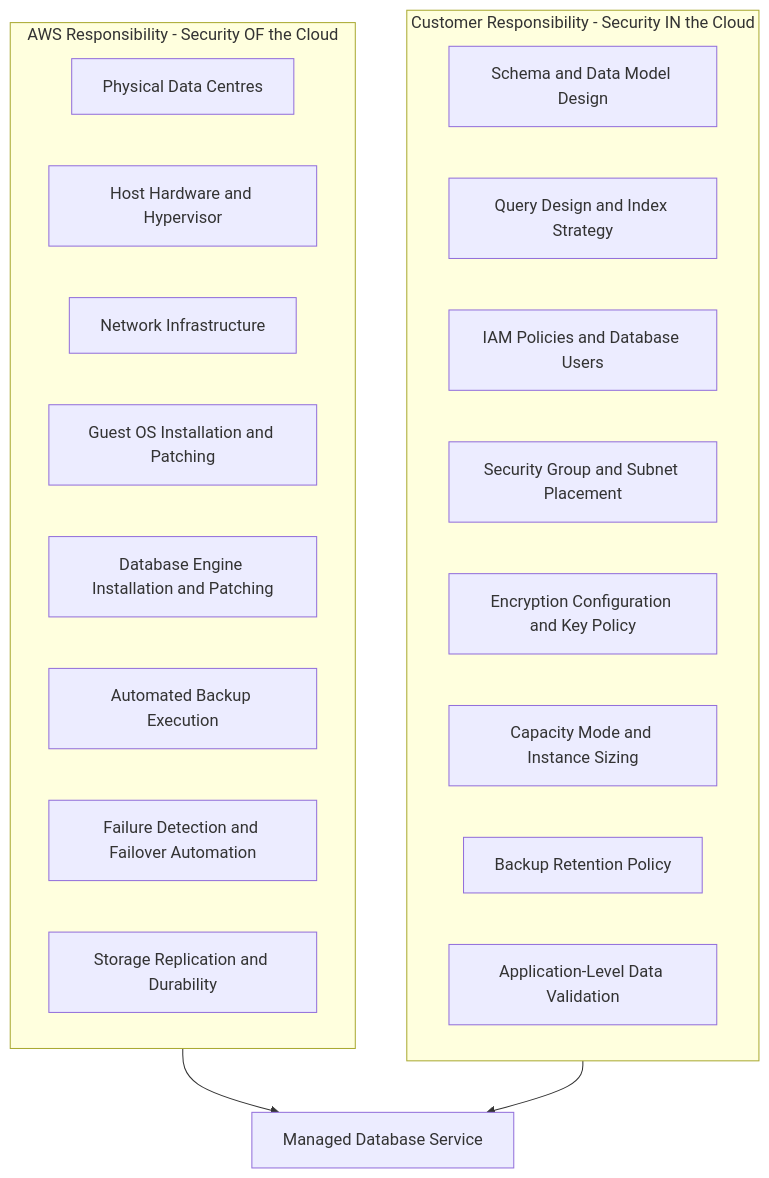
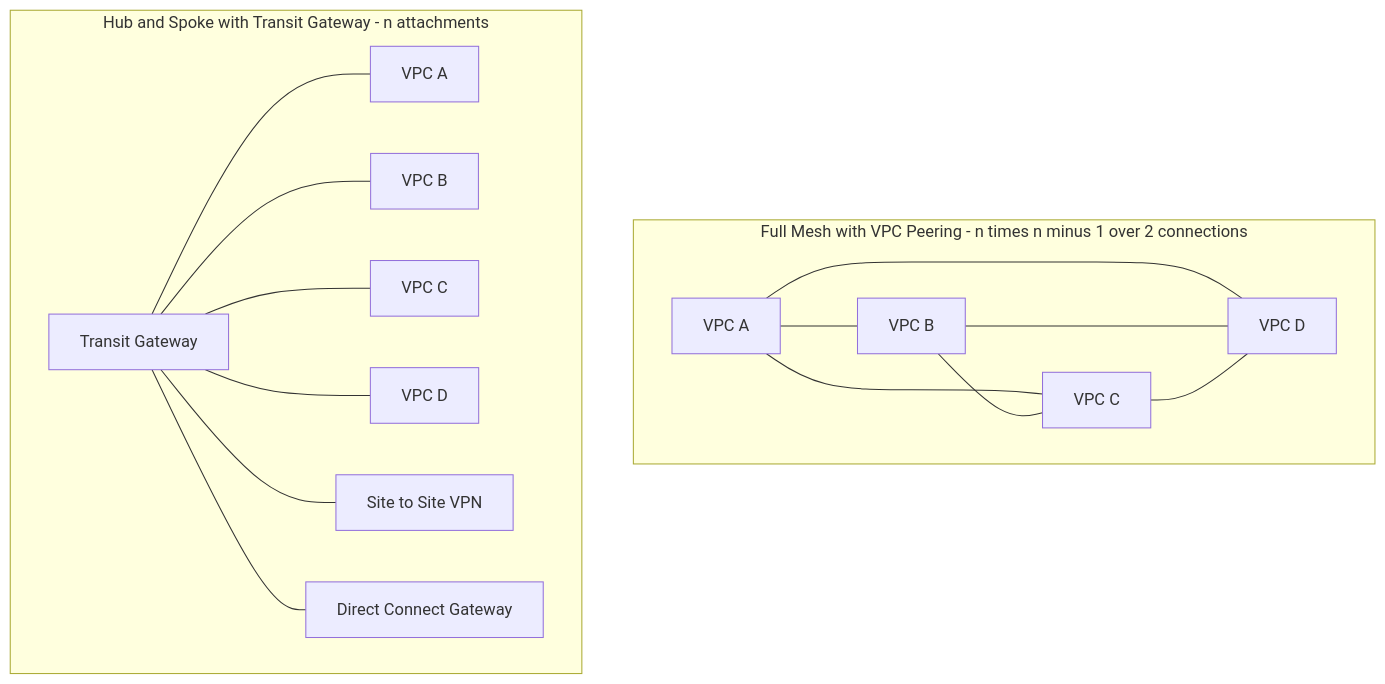
One commit to norbutlepcha25/dso303 changed the third of 13 diagrams in docs/unit1/topic6.md. Above: the diagram before and after it, drawn with Mermaid. The commit also changed other lines of this file and 945 other files, not shown here.

````diff
--- a/docs/unit1/topic6.md
+++ b/docs/unit1/topic6.md
@@ -100,25 +282,20 @@
 ```mermaid
 graph TD
-    subgraph AWS["AWS Responsibility - Security OF the Cloud"]
-        A1["Physical Data Centres"]
-        A2["Host Hardware and Hypervisor"]
-        A3["Network Infrastructure"]
-        A4["Guest OS Installation and Patching"]
-        A5["Database Engine Installation and Patching"]
-        A6["Automated Backup Execution"]
-        A7["Failure Detection and Failover Automation"]
-        A8["Storage Replication and Durability"]
+    subgraph mesh["Full Mesh with VPC Peering - n times n minus 1 over 2 connections"]
+        A1["VPC A"] --- B1["VPC B"]
+        A1 --- C1["VPC C"]
+        A1 --- D1["VPC D"]
+        B1 --- C1
+        B1 --- D1
+        C1 --- D1
     end
-    subgraph CUST["Customer Responsibility - Security IN the Cloud"]
-        B1["Schema and Data Model Design"]
-        B2["Query Design and Index Strategy"]
-        B3["IAM Policies and Database Users"]
-        B4["Security Group and Subnet Placement"]
-        B5["Encryption Configuration and Key Policy"]
-        B6["Capacity Mode and Instance Sizing"]
-        B7["Backup Retention Policy"]
-        B8["Application-Level Data Validation"]
+    subgraph hub["Hub and Spoke with Transit Gateway - n attachments"]
+        TGW["Transit Gateway"]
+        TGW --- A2["VPC A"]
+        TGW --- B2["VPC B"]
+        TGW --- C2["VPC C"]
+        TGW --- D2["VPC D"]
+        TGW --- VPN["Site to Site VPN"]
+        TGW --- DX["Direct Connect Gateway"]
     end
-    AWS --> C["Managed Database Service"]
-    CUST --> C
 ```
````
